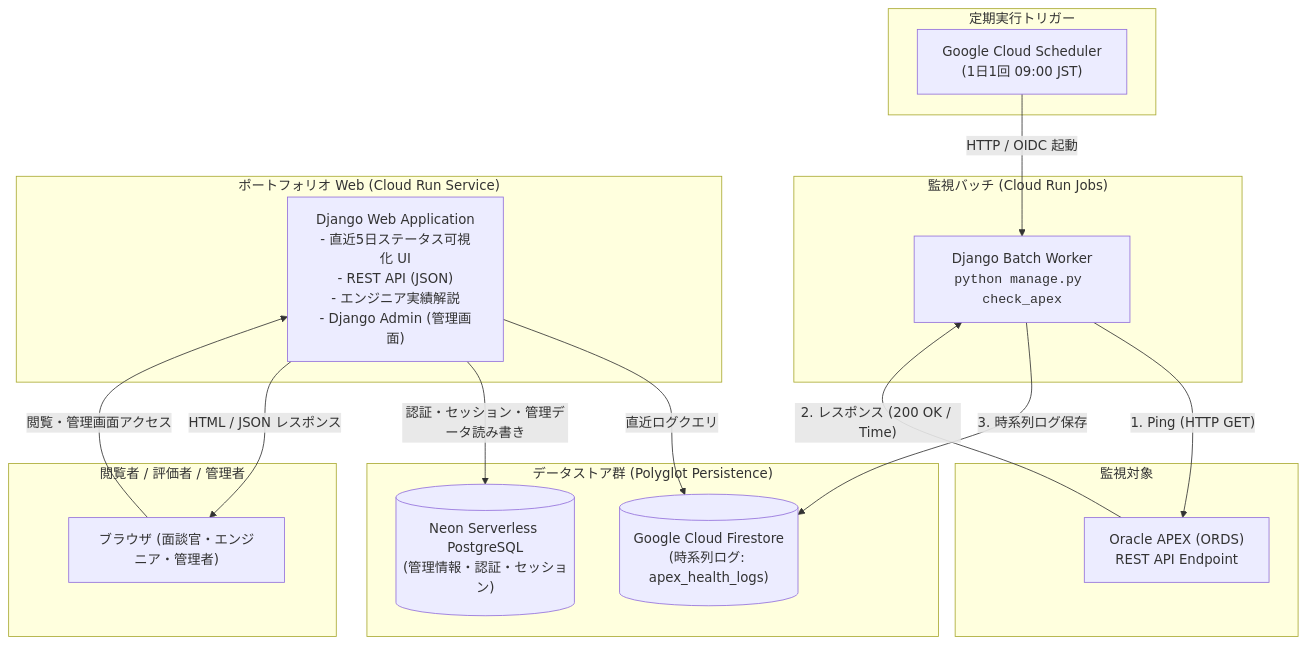
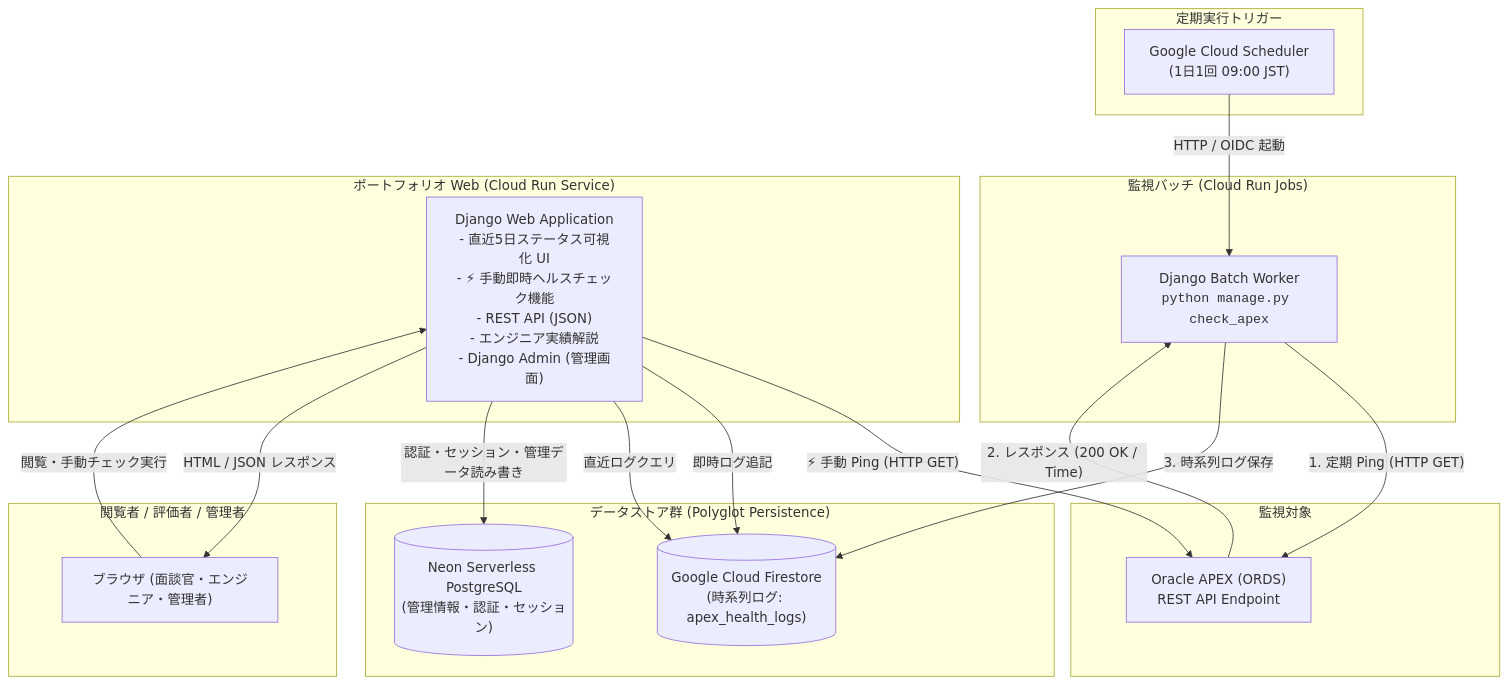
One commit to jackieReloaded0/apex-sentinel changed the diagram in docs/portfolio_project_plan.md. Above: the diagram before and after it, drawn with Mermaid. The commit also changed 1 other file, not shown here.

Commit message:
docs: アーキテクチャ図に手動ヘルスチェック(オンデマンドPing)ルートを追加

````diff
--- a/docs/portfolio_project_plan.md
+++ b/docs/portfolio_project_plan.md
@@ -34,39 +34,41 @@
 ```mermaid
 flowchart TD
     subgraph Trigger["定期実行トリガー"]
         CS["Google Cloud Scheduler<br/>(1日1回 09:00 JST)"]
     end
 
     subgraph Batch["監視バッチ (Cloud Run Jobs)"]
         CRJ["Django Batch Worker<br/><code>python manage.py check_apex</code>"]
     end
 
     subgraph Target["監視対象"]
         APEX["Oracle APEX (ORDS)<br/>REST API Endpoint"]
     end
 
     subgraph DataStores["データストア群 (Polyglot Persistence)"]
         FS[("Google Cloud Firestore<br/>(時系列ログ: apex_health_logs)")]
         NEON[("Neon Serverless PostgreSQL<br/>(管理情報・認証・セッション)")]
     end
 
     subgraph WebApp["ポートフォリオ Web (Cloud Run Service)"]
-        CRS["Django Web Application<br/>- 直近5日ステータス可視化 UI<br/>- REST API (JSON)<br/>- エンジニア実績解説<br/>- Django Admin (管理画面)"]
+        CRS["Django Web Application<br/>- 直近5日ステータス可視化 UI<br/>- ⚡ 手動即時ヘルスチェック機能<br/>- REST API (JSON)<br/>- エンジニア実績解説<br/>- Django Admin (管理画面)"]
     end
 
     subgraph Client["閲覧者 / 評価者 / 管理者"]
         Browser["ブラウザ (面談官・エンジニア・管理者)"]
     end
 
-    %% バッチフロー
+    %% 定期バッチフロー
     CS -->|"HTTP / OIDC 起動"| CRJ
-    CRJ -->|"1. Ping (HTTP GET)"| APEX
+    CRJ -->|"1. 定期 Ping (HTTP GET)"| APEX
     APEX -->|"2. レスポンス (200 OK / Time)"| CRJ
     CRJ -->|"3. 時系列ログ保存"| FS
 
-    %% Webフロー
-    Browser -->|"閲覧・管理画面アクセス"| CRS
+    %% Web 手動実行 & 閲覧フロー
+    Browser -->|"閲覧・手動チェック実行"| CRS
+    CRS -->|"⚡ 手動 Ping (HTTP GET)"| APEX
+    CRS -->|"即時ログ追記"| FS
     CRS -->|"直近ログクエリ"| FS
     CRS -->|"認証・セッション・管理データ読み書き"| NEON
     CRS -->|"HTML / JSON レスポンス"| Browser
 ```
````
